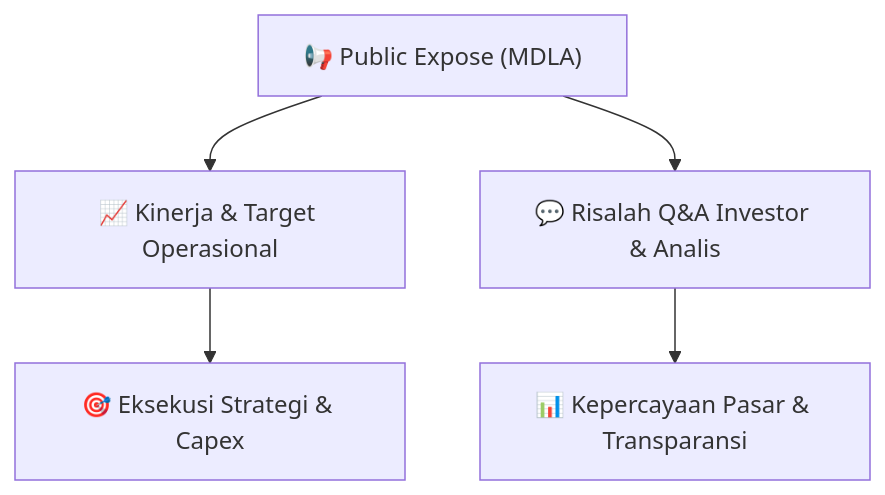
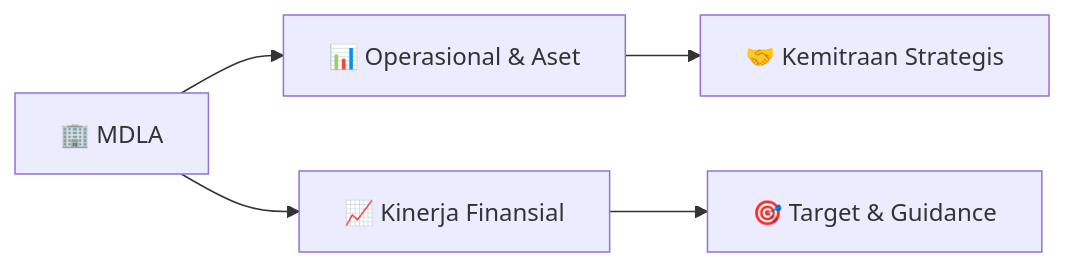
One commit to anYoneo/alphadigest-idx changed the diagram in Finplan_analyst/knowledge-base/public-exposes/informasi-pubex/MDLA_Public_Expose_20260903.md. Above: the diagram before and after it, drawn with Mermaid. The commit also changed other lines of this file and 526 other files, not shown here.

````diff
--- a/Finplan_analyst/knowledge-base/public-exposes/informasi-pubex/MDLA_Public_Expose_20260903.md
+++ b/Finplan_analyst/knowledge-base/public-exposes/informasi-pubex/MDLA_Public_Expose_20260903.md
@@ -32,7 +46,7 @@
 ```mermaid
-flowchart TD
-    A["📢 Public Expose (MDLA)"] --> B["📈 Kinerja & Target Operasional"]
-    A --> C["💬 Risalah Q&A Investor & Analis"]
-    B --> D["🎯 Eksekusi Strategi & Capex"]
-    C --> E["📊 Kepercayaan Pasar & Transparansi"]
+flowchart LR
+    A["🏢 MDLA"] --> B["📊 Operasional & Aset"]
+    A --> C["📈 Kinerja Finansial"]
+    B --> D["🤝 Kemitraan Strategis"]
+    C --> E["🎯 Target & Guidance"]
 ```
````
